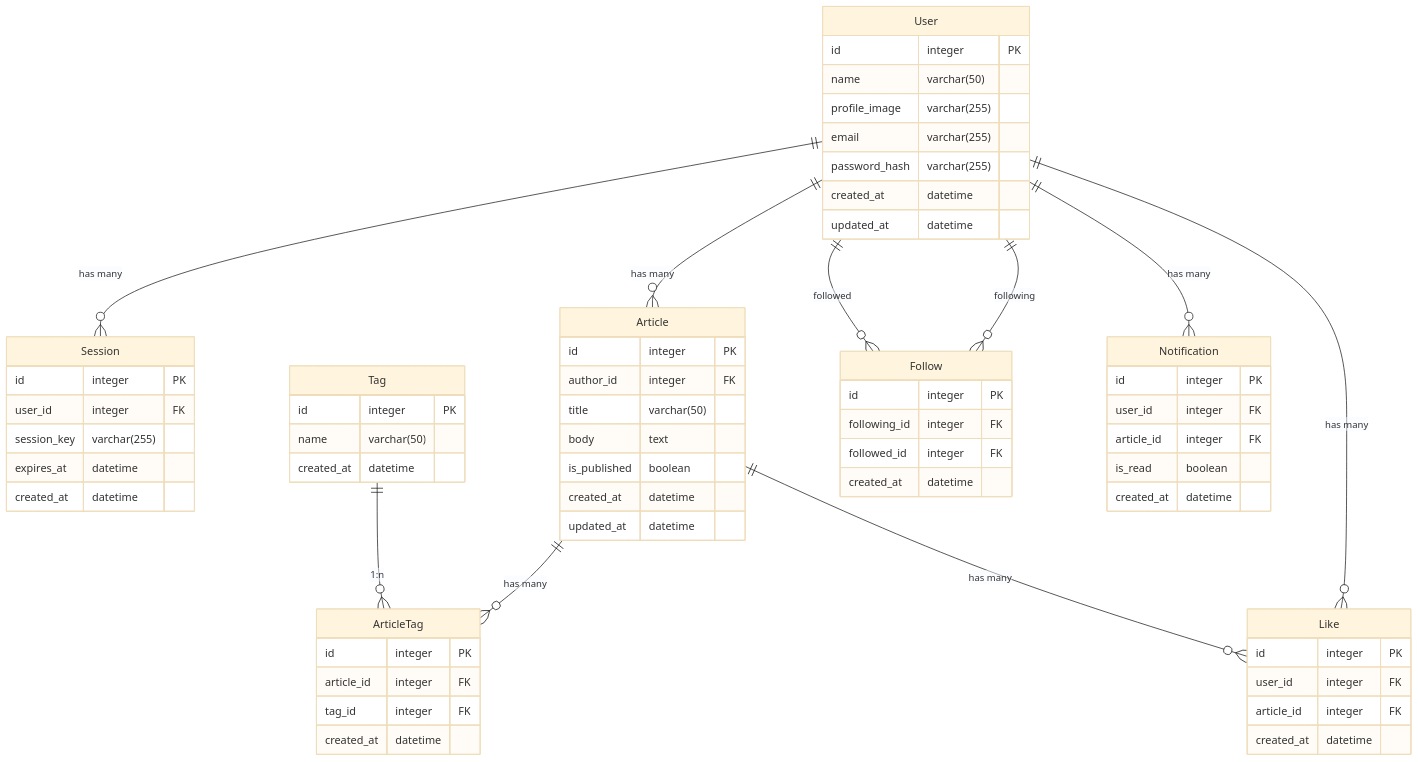
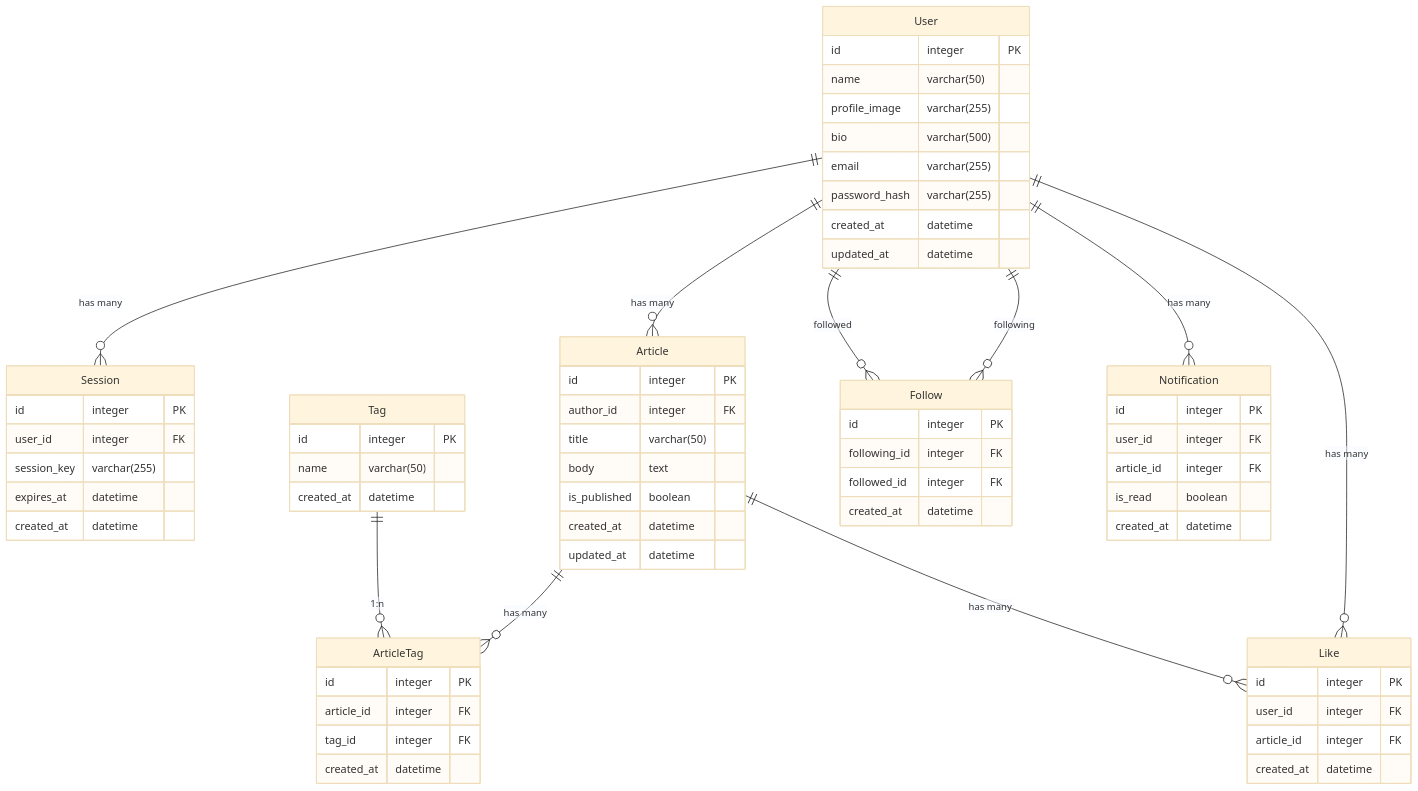
Before and after one commit to doguto/nari-note: the diagram in docs/er-diagram.md, drawn with Mermaid (base theme). The commit also changed 4 other files, not shown here.

Commit message:
Feat: Userドメインに Bio フィールドを追加し、ER図を更新

````diff
--- a/docs/er-diagram.md
+++ b/docs/er-diagram.md
@@ -5,80 +5,81 @@
 ```mermaid
 erDiagram
 
 User ||--o{ Session: "has many"
 
 User ||--o{ Article: "has many"
 Article ||--o{ ArticleTag: "has many"
 Tag ||--o{ ArticleTag: "1:n"
 
 User ||--o{ Follow: "following"
 User ||--o{ Follow: "followed"
 
 User ||--o{ Like: "has many"
 Article ||--o{ Like: "has many"
 
 User ||--o{ Notification: "has many"
 
 User {
     id integer PK
     name varchar(50)
     profile_image varchar(255)
+    bio varchar(500)
     email varchar(255)
     password_hash varchar(255)
     created_at datetime
     updated_at datetime
 }
 
 Session {
     id integer PK
     user_id integer FK
     session_key varchar(255)
     expires_at datetime
     created_at datetime
 }
 
 Article {
     id integer PK
     author_id integer FK
     title varchar(50)
     body text
     is_published boolean
     created_at datetime
     updated_at datetime
 }
 
 Tag {
     id integer PK
     name varchar(50)
     created_at datetime
 }
 
 ArticleTag {
     id integer PK
     article_id integer FK
     tag_id integer FK
     created_at datetime
 }
 
 Like {
     id integer PK
     user_id integer FK
     article_id integer FK
     created_at datetime
 }
 
 Follow {
     id integer PK
     following_id integer FK
     followed_id integer FK
     created_at datetime
 }
 
 Notification {
     id integer PK
     user_id integer FK
     article_id integer FK
     is_read boolean
     created_at datetime
 }
 ```
````
